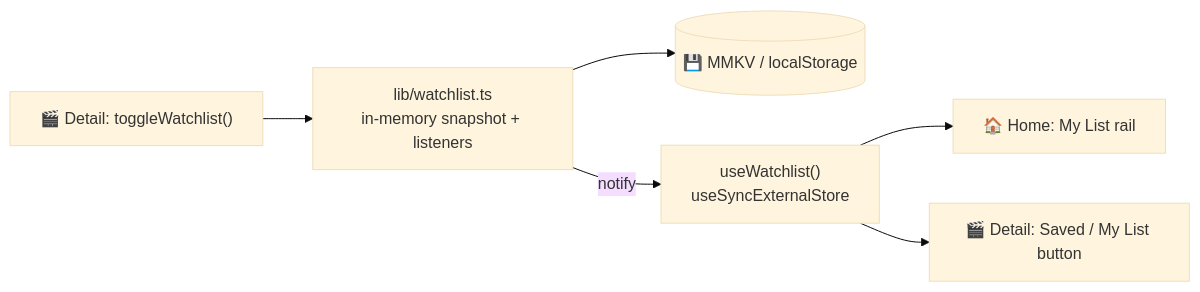
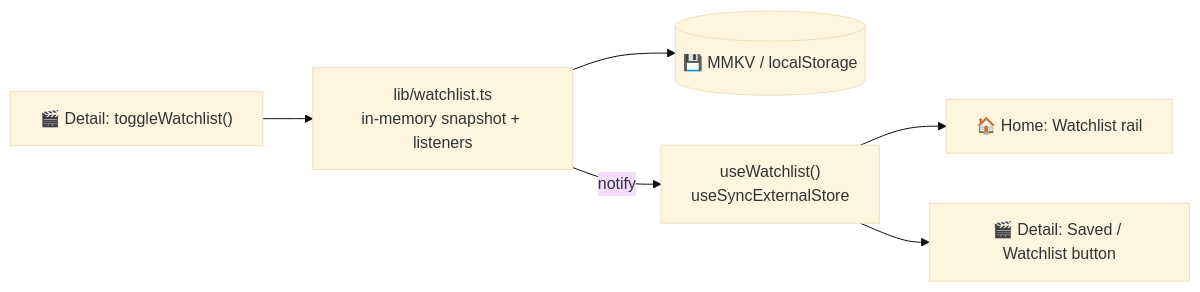
The fifth of 6 diagrams in README.md (kunal26das/yify), drawn with Mermaid (base theme) before and after one commit. The commit also changed other lines of this file and 11 other files, not shown here.

First line of the commit message:
Rename My List to Watchlist, and use a genuinely outlined profile glyph

````diff
--- a/README.md
+++ b/README.md
@@ -255,8 +255,8 @@
 ```mermaid
 flowchart LR
     Btn["🎬 Detail: toggleWatchlist()"] --> Store
     Store["lib/watchlist.ts<br/>in-memory snapshot + listeners"] --> MMKV[("💾 MMKV / localStorage")]
     Store -->|notify| Hook["useWatchlist()<br/>useSyncExternalStore"]
-    Hook --> Rail["🏠 Home: My List rail"]
-    Hook --> Save["🎬 Detail: Saved / My List button"]
+    Hook --> Rail["🏠 Home: Watchlist rail"]
+    Hook --> Save["🎬 Detail: Saved / Watchlist button"]
 ```
````
